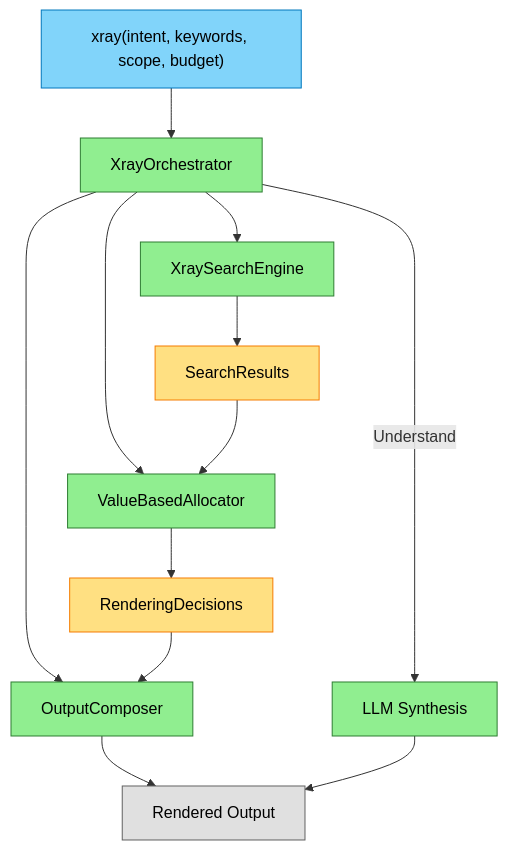
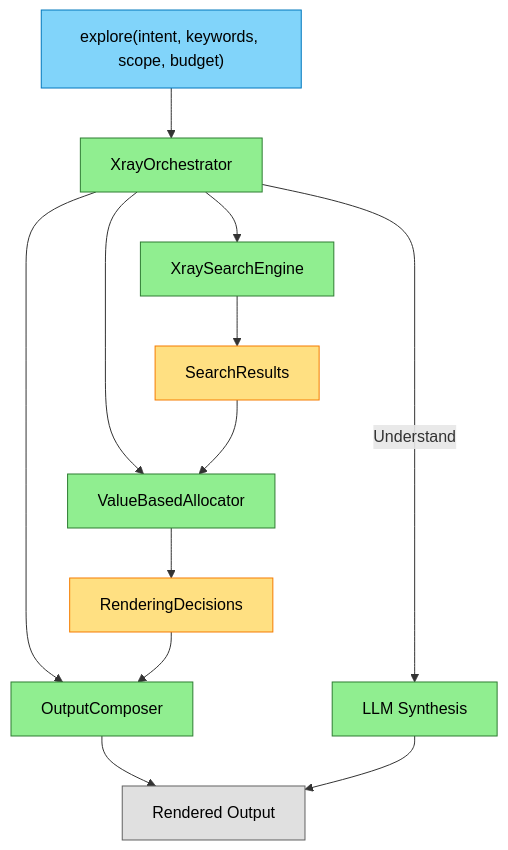
The diagram in docs/current-state/xray.md (RepoQL/RepoQL), drawn with Mermaid before and after one commit. The commit also changed other lines of this file and 23 other files, not shown here.

First line of the commit message:
Fix read() line fragments, update budget recommendations, rename xray to explore in docs

````diff
--- a/docs/current-state/xray.md
+++ b/docs/current-state/xray.md
@@ -37,31 +37,31 @@
 ```mermaid
 flowchart TD
-    Entry["xray(intent, keywords, scope, budget)"] --> Orchestrator["XrayOrchestrator"]
+    Entry["explore(intent, keywords, scope, budget)"] --> Orchestrator["XrayOrchestrator"]
 
     Orchestrator --> Search["XraySearchEngine"]
     Orchestrator --> Allocator["ValueBasedAllocator"]
     Orchestrator --> Composer["OutputComposer"]
 
     Search --> Results["SearchResults"]
     Results --> Allocator
     Allocator --> Decisions["RenderingDecisions"]
     Decisions --> Composer
     Composer --> Output["Rendered Output"]
 
     Orchestrator -->|Understand| LLM["LLM Synthesis"]
     LLM --> Output
 
     classDef entry fill:#81D4FA,stroke:#0277BD,color:#000
     classDef core fill:#90EE90,stroke:#2E7D32,color:#000
     classDef data fill:#FFE082,stroke:#F57C00,color:#000
     classDef output fill:#E0E0E0,stroke:#616161,color:#000
 
     class Entry entry
     class Orchestrator,Search,Allocator,Composer,LLM core
     class Results,Decisions data
     class Output output
 
-    %% MEANING: Xray orchestration flow
+    %% MEANING: Explore orchestration flow
     %% COLOR: Blue=entry, Green=components, Yellow=data, Gray=output
     %% BRANCH: Understand intent adds LLM synthesis step
 ```
````
